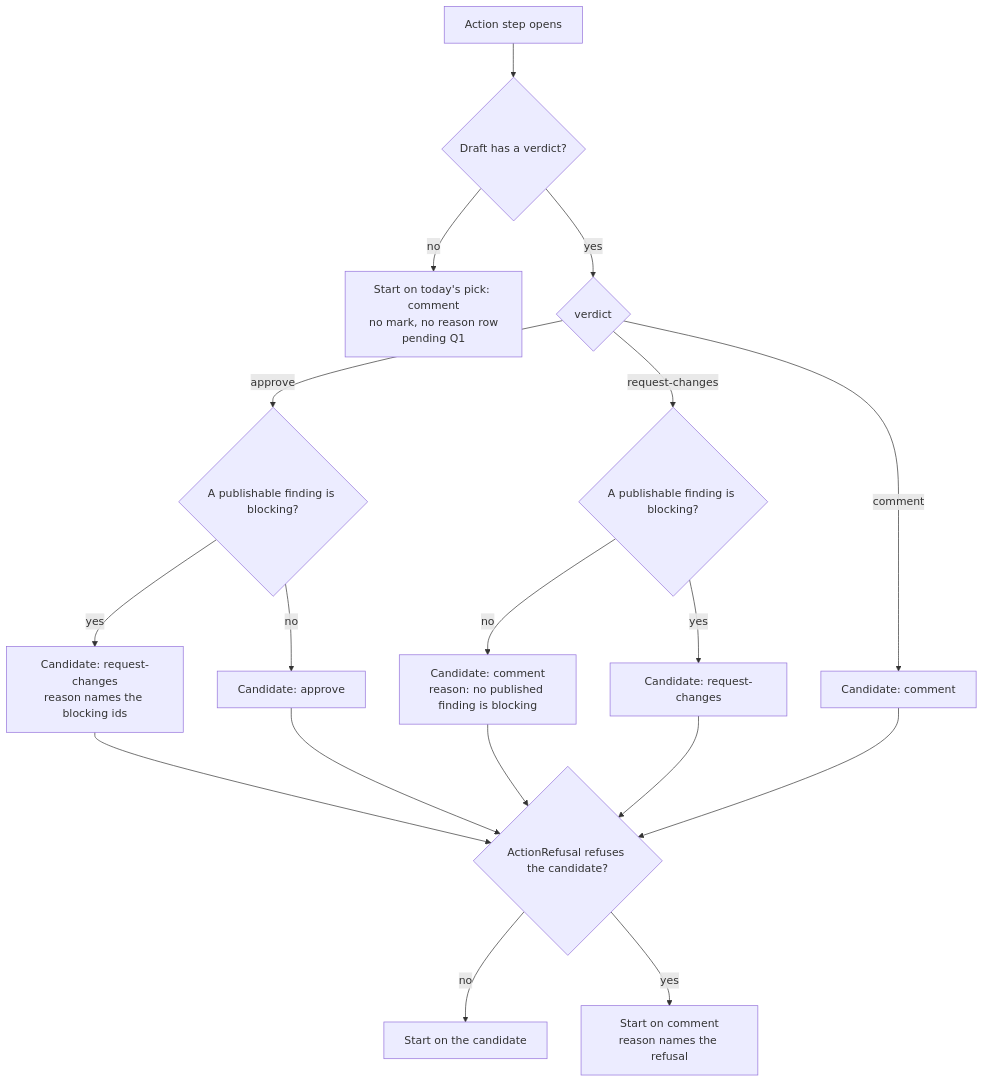
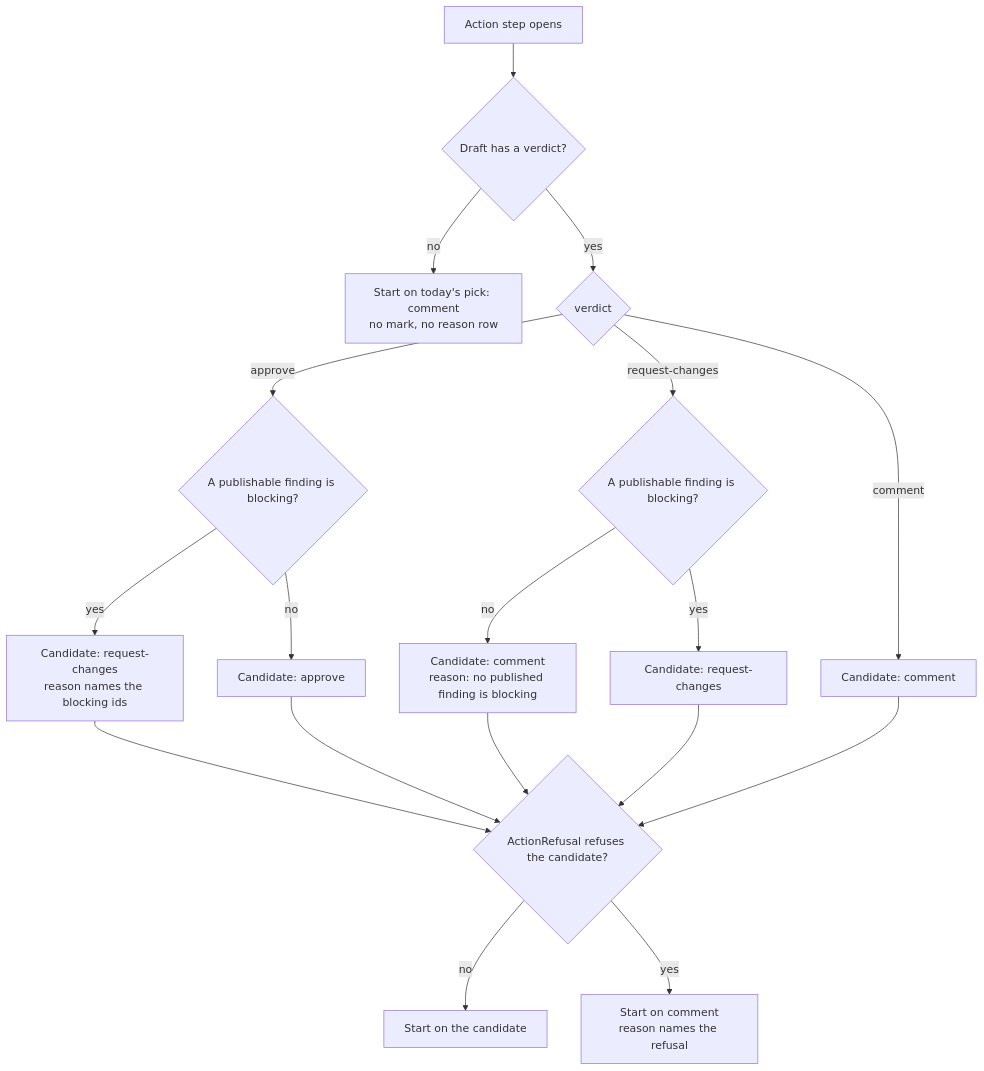
Before and after one commit to secondshift-labs/loupe: the diagram in specs/059-recommended-verdict/spec.md, drawn with Mermaid. The commit also changed other lines of this file and 1 other file, not shown here.

````diff
--- a/specs/059-recommended-verdict/spec.md
+++ b/specs/059-recommended-verdict/spec.md
@@ -51,20 +51,20 @@
 ```mermaid
 flowchart TD
     A[Action step opens] --> B{Draft has a verdict?}
-    B -- no --> C[Start on today's pick: comment<br/>no mark, no reason row<br/>pending Q1]
+    B -- no --> C[Start on today's pick: comment<br/>no mark, no reason row]
     B -- yes --> D{verdict}
     D -- approve --> E{A publishable finding is blocking?}
     E -- yes --> F[Candidate: request-changes<br/>reason names the blocking ids]
     E -- no --> G[Candidate: approve]
     D -- request-changes --> H{A publishable finding is blocking?}
     H -- no --> I[Candidate: comment<br/>reason: no published finding is blocking]
     H -- yes --> J[Candidate: request-changes]
     D -- comment --> K[Candidate: comment]
     F --> L{ActionRefusal refuses the candidate?}
     G --> L
     I --> L
     J --> L
     K --> L
     L -- no --> M[Start on the candidate]
     L -- yes --> N[Start on comment<br/>reason names the refusal]
 ```
````
